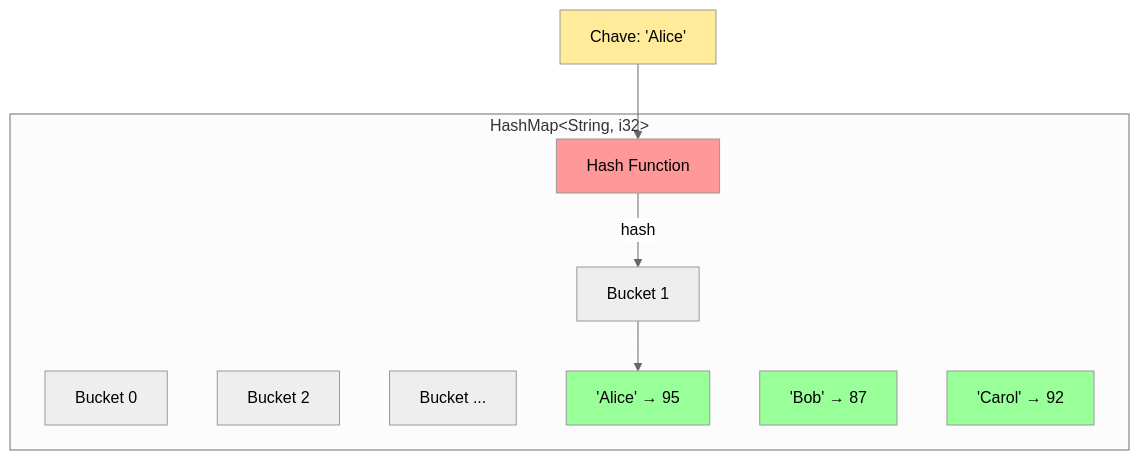
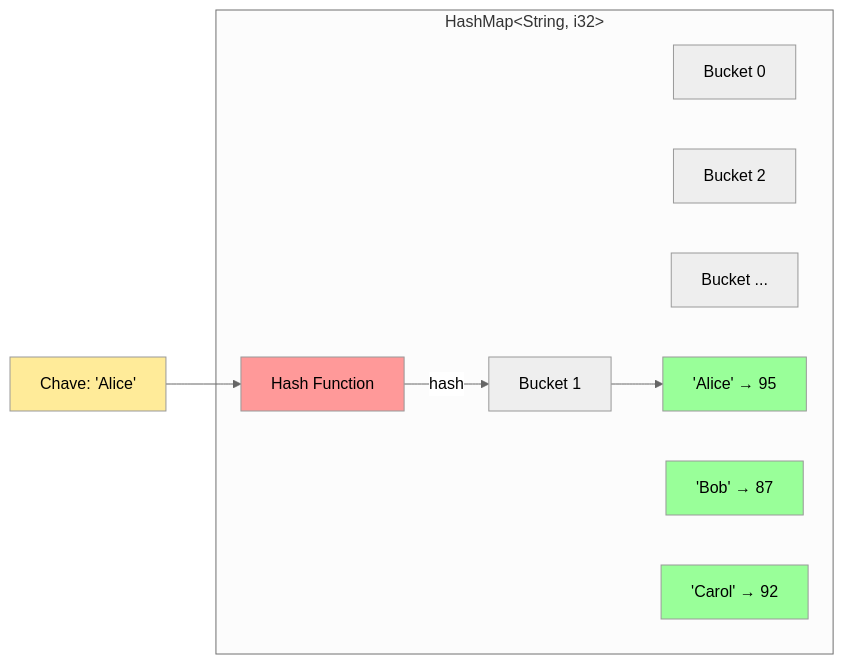
One commit to thgbianeck/rust-iniciantes changed the first of 4 diagrams in fase01-fundamentos/dia09/dia09.md. Above: the diagram before and after it, drawn with Mermaid (neutral theme). The commit also changed 5 other files, not shown here.

````diff
--- a/fase01-fundamentos/dia09/dia09.md
+++ b/fase01-fundamentos/dia09/dia09.md
@@ -72,25 +72,25 @@
 ```mermaid
-graph TB
+graph LR
     subgraph HashMap["HashMap&lt;String, i32&gt;"]
         H[Hash Function]
         
         B1["Bucket 0"]
         B2["Bucket 1"]
         B3["Bucket 2"]
         B4["Bucket ..."]
         
         K1["'Alice' → 95"]
         K2["'Bob' → 87"]
         K3["'Carol' → 92"]
     end
     
     Input["Chave: 'Alice'"] --> H
     H --> |hash| B2
     B2 --> K1
     
     style H fill:#ff9999
     style K1 fill:#99ff99
     style K2 fill:#99ff99
     style K3 fill:#99ff99
     style Input fill:#ffeb99
 ```
````
